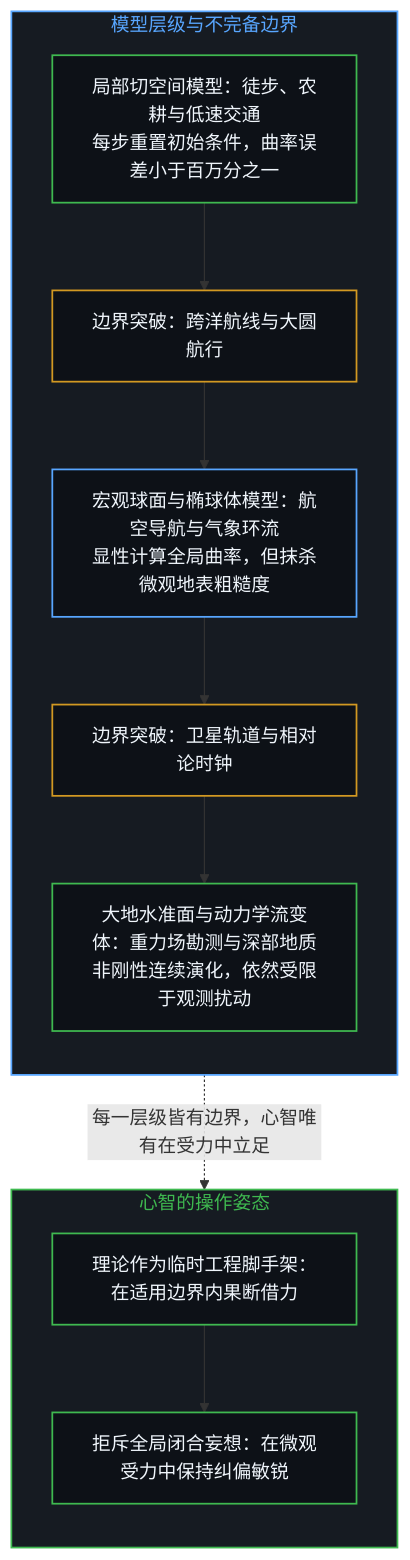
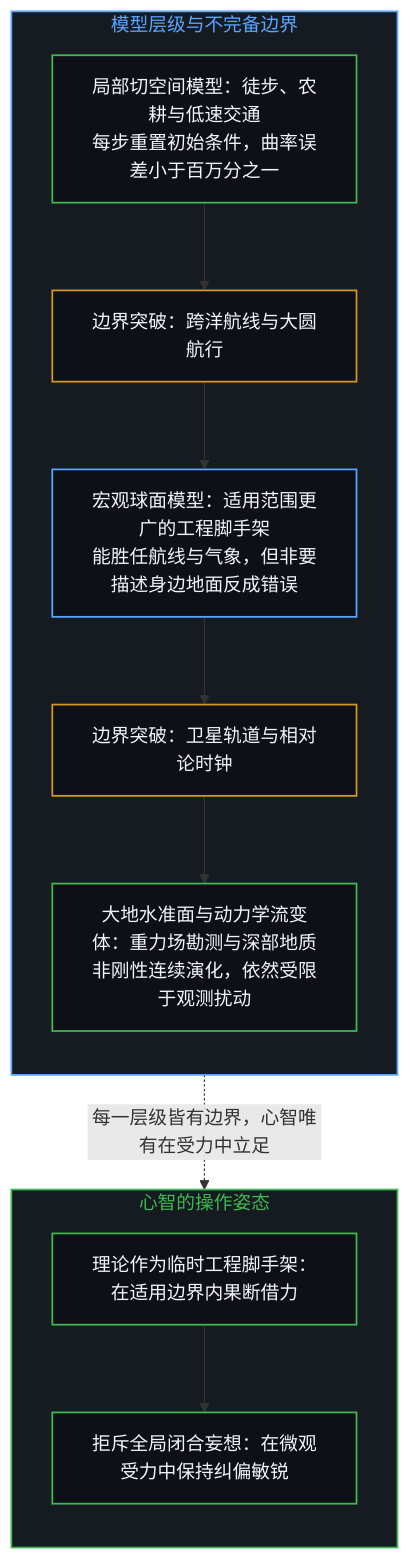
The third of 4 diagrams in content/posts/the-walking-tangent-and-the-stumbling-sphere.md (powerpig99/not-a-toe), drawn with Mermaid before and after one commit. The commit also changed other lines of this file and 5 other files, not shown here.

````diff
--- a/content/posts/the-walking-tangent-and-the-stumbling-sphere.md
+++ b/content/posts/the-walking-tangent-and-the-stumbling-sphere.md
@@ -111,30 +111,30 @@
 ```mermaid
 flowchart TD
     classDef default fill:#0d1117,stroke:#30363d,stroke-width:1px,color:#f0f6fc;
     classDef mind fill:#0d1117,stroke:#3fb950,stroke-width:1.5px,color:#f0f6fc;
     classDef warn fill:#0d1117,stroke:#d29922,stroke-width:1.5px,color:#f0f6fc;
     classDef fail fill:#0d1117,stroke:#f85149,stroke-width:1.5px,color:#f0f6fc;
     classDef model fill:#0d1117,stroke:#58a6ff,stroke-width:1.5px,color:#f0f6fc;
 
     subgraph S_ScaleHierarchy ["模型层级与不完备边界"]
         direction TB
         LevelTangent["局部切空间模型：徒步、农耕与低速交通<br/>每步重置初始条件，曲率误差小于百万分之一"]:::mind
         BoundaryA["边界突破：跨洋航线与大圆航行"]:::warn
-        LevelSphere["宏观球面与椭球体模型：航空导航与气象环流<br/>显性计算全局曲率，但抹杀微观地表粗糙度"]:::model
+        LevelSphere["宏观球面模型：适用范围更广的工程脚手架<br/>能胜任航线与气象，但非要描述身边地面反成错误"]:::model
         BoundaryB["边界突破：卫星轨道与相对论时钟"]:::warn
         LevelGeoid["大地水准面与动力学流变体：重力场勘测与深部地质<br/>非刚性连续演化，依然受限于观测扰动"]:::mind
         LevelTangent --> BoundaryA --> LevelSphere --> BoundaryB --> LevelGeoid
     end
 
     subgraph S_CognitiveStance ["心智的操作姿态"]
         direction TB
         InstrumentalScaffold["理论作为临时工程脚手架：在适用边界内果断借力"]:::mind
         PurgeDogmatism["拒斥全局闭合妄想：在微观受力中保持纠偏敏锐"]:::mind
         InstrumentalScaffold --> PurgeDogmatism
     end
 
     S_ScaleHierarchy -.-> |每一层级皆有边界，心智唯有在受力中立足| S_CognitiveStance
 
     style S_ScaleHierarchy fill:#161b22,stroke:#58a6ff,stroke-width:1.5px,color:#58a6ff
     style S_CognitiveStance fill:#161b22,stroke:#3fb950,stroke-width:1.5px,color:#3fb950
 ```
````
